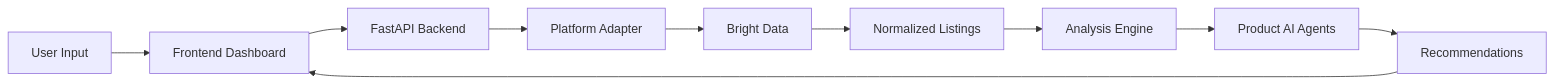
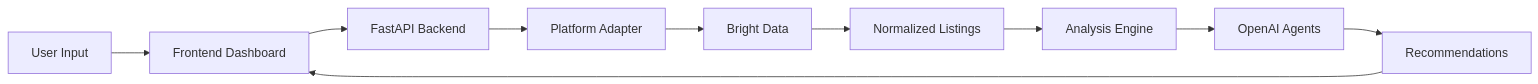
One commit to mayah-vandertuig/ShopPilot changed the first of 2 diagrams in README.md. Above: the diagram before and after it, drawn with Mermaid. The commit also changed other lines of this file, not shown here.

````diff
--- a/README.md
+++ b/README.md
@@ -34,12 +35,12 @@
 ```mermaid
 flowchart LR
     A[User Input] --> B[Frontend Dashboard]
     B --> C[FastAPI Backend]
     C --> D[Platform Adapter]
     D --> E[Bright Data]
     E --> F[Normalized Listings]
     F --> G[Analysis Engine]
-    G --> H[Product AI Agents]
+    G --> H[OpenAI Agents]
     H --> I[Recommendations]
     I --> B
 ```
````
